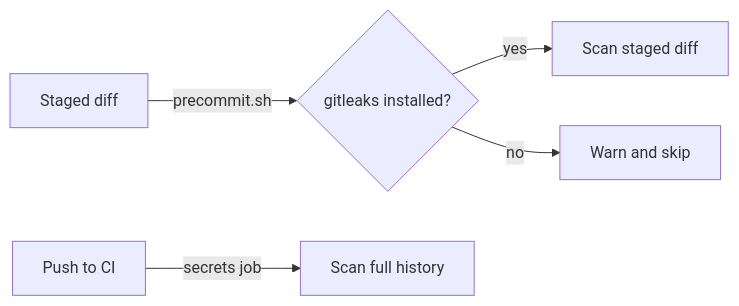
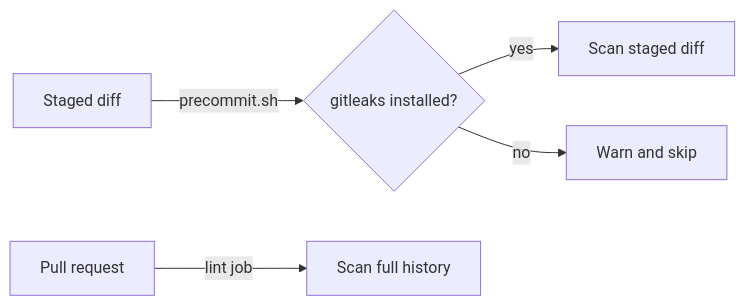
Before and after one commit to e128/dotnet-reference: the diagram in lode/infrastructure/secret-scanning.md, drawn with Mermaid. The commit also changed other lines of this file and 14 other files, not shown here.

````diff
--- a/lode/infrastructure/secret-scanning.md
+++ b/lode/infrastructure/secret-scanning.md
@@ -20,7 +20,7 @@
 ```mermaid
 flowchart LR
     A[Staged diff] -->|precommit.sh| B{gitleaks installed?}
     B -->|yes| C[Scan staged diff]
     B -->|no| D[Warn and skip]
-    E[Push to CI] -->|secrets job| F[Scan full history]
+    E[Pull request] -->|lint job| F[Scan full history]
 ```
````
